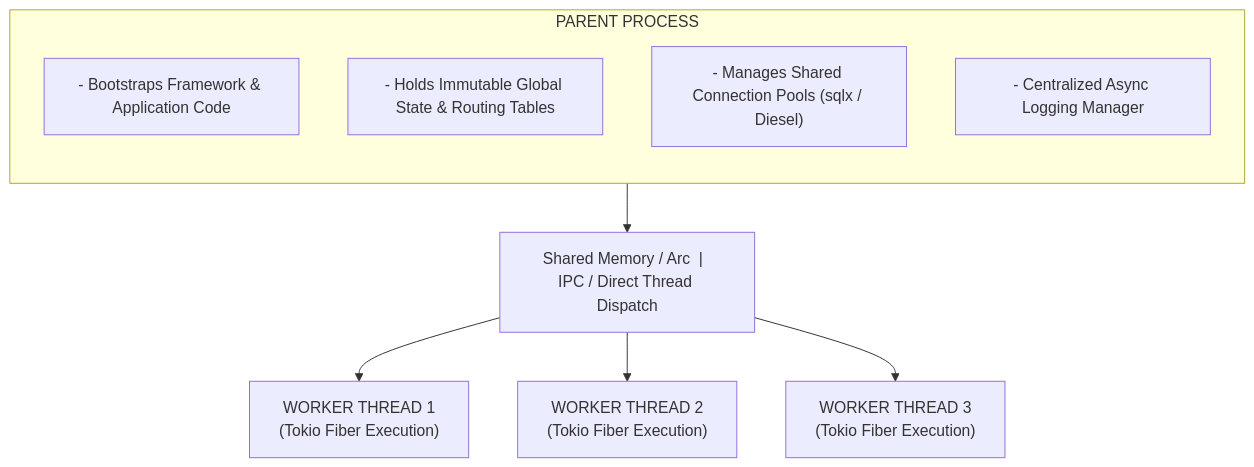
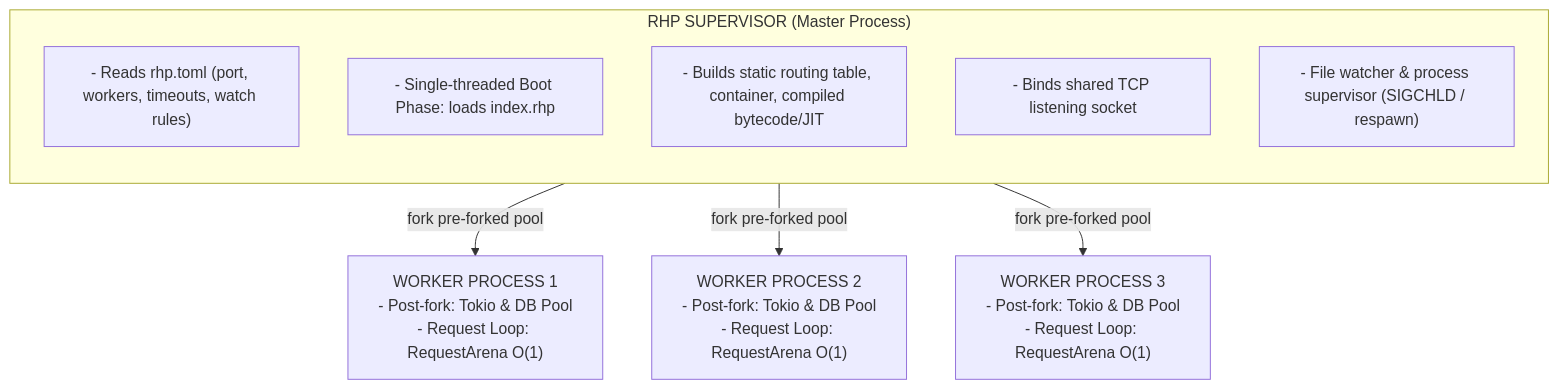
The diagram in LANGUAGE_SPECIFICATION_AND_ARCHITECTURE.md (vuenice/rhp), drawn with Mermaid before and after one commit. The commit also changed other lines of this file and 20 other files, not shown here.

Commit message:
refactor: adopt pre-forked worker pool, single index.rhp, and tri-layer separation

````diff
--- a/LANGUAGE_SPECIFICATION_AND_ARCHITECTURE.md
+++ b/LANGUAGE_SPECIFICATION_AND_ARCHITECTURE.md
@@ -89,16 +89,15 @@
 ```mermaid
 flowchart TD
-    subgraph Parent["PARENT PROCESS"]
+    subgraph Master["RHP SUPERVISOR (Master Process)"]
         direction TB
-        P1["- Bootstraps Framework & Application Code"]
-        P2["- Holds Immutable Global State & Routing Tables"]
-        P3["- Manages Shared Connection Pools (sqlx / Diesel)"]
-        P4["- Centralized Async Logging Manager"]
+        M1["- Reads rhp.toml (port, workers, timeouts, watch rules)"]
+        M2["- Single-threaded Boot Phase: loads index.rhp"]
+        M3["- Builds static routing table, container, compiled bytecode/JIT"]
+        M4["- Binds shared TCP listening socket"]
+        M5["- File watcher & process supervisor (SIGCHLD / respawn)"]
     end
 
-    Parent --> Bridge["Shared Memory / Arc  |  IPC / Direct Thread Dispatch"]
-
-    Bridge --> W1["WORKER THREAD 1<br/>(Tokio Fiber Execution)"]
-    Bridge --> W2["WORKER THREAD 2<br/>(Tokio Fiber Execution)"]
-    Bridge --> W3["WORKER THREAD 3<br/>(Tokio Fiber Execution)"]
+    Master -->|fork pre-forked pool| W1["WORKER PROCESS 1<br/>- Post-fork: Tokio & DB Pool<br/>- Request Loop: RequestArena O(1)"]
+    Master -->|fork pre-forked pool| W2["WORKER PROCESS 2<br/>- Post-fork: Tokio & DB Pool<br/>- Request Loop: RequestArena O(1)"]
+    Master -->|fork pre-forked pool| W3["WORKER PROCESS 3<br/>- Post-fork: Tokio & DB Pool<br/>- Request Loop: RequestArena O(1)"]
 ```
````
